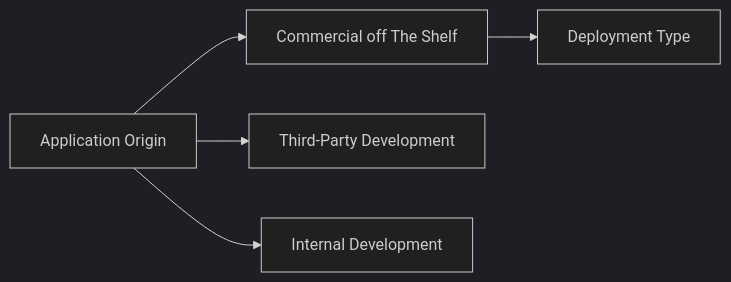
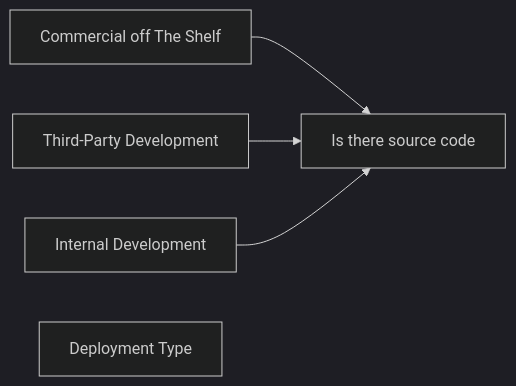
The first of 2 diagrams in docs/application/saep.md (beezy-dev/verbose-couscous), drawn with Mermaid (dark theme) before and after one commit. The commit also changed other lines of this file, not shown here.

Commit message:
saep flowchart

````diff
--- a/docs/application/saep.md
+++ b/docs/application/saep.md
@@ -47,12 +47,12 @@
 ```mermaid
 flowchart LR
-  apporigin["Application Origin"]
+  sourcecode["Is there source code"]
   cots["Commercial off The Shelf"]
   external["Third-Party Development"]
   internal["Internal Development"]
   deploytype["Deployment Type"]
-  apporigin --> cots
-  apporigin --> external
-  apporigin --> internal
-  cots --> deploytype 
+  cots --> sourcecode
+  external --> sourcecode
+  internal --> sourcecode
+   
 ```
````
